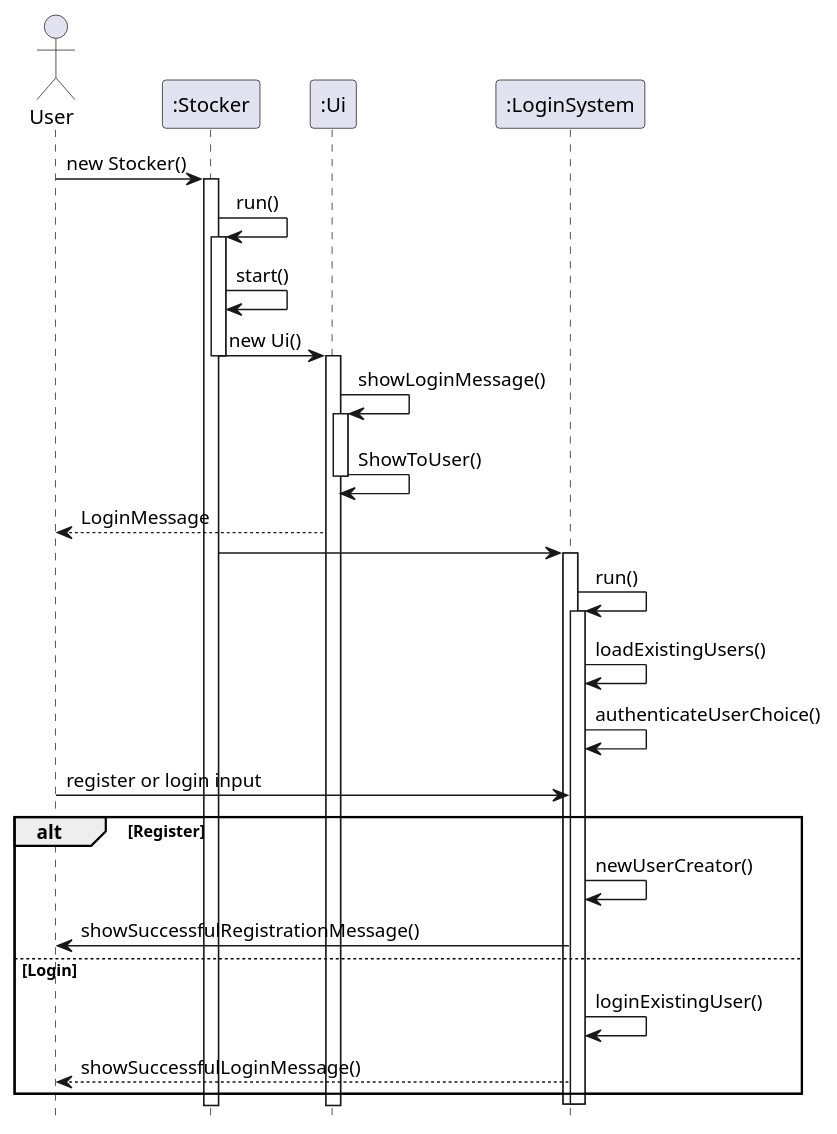
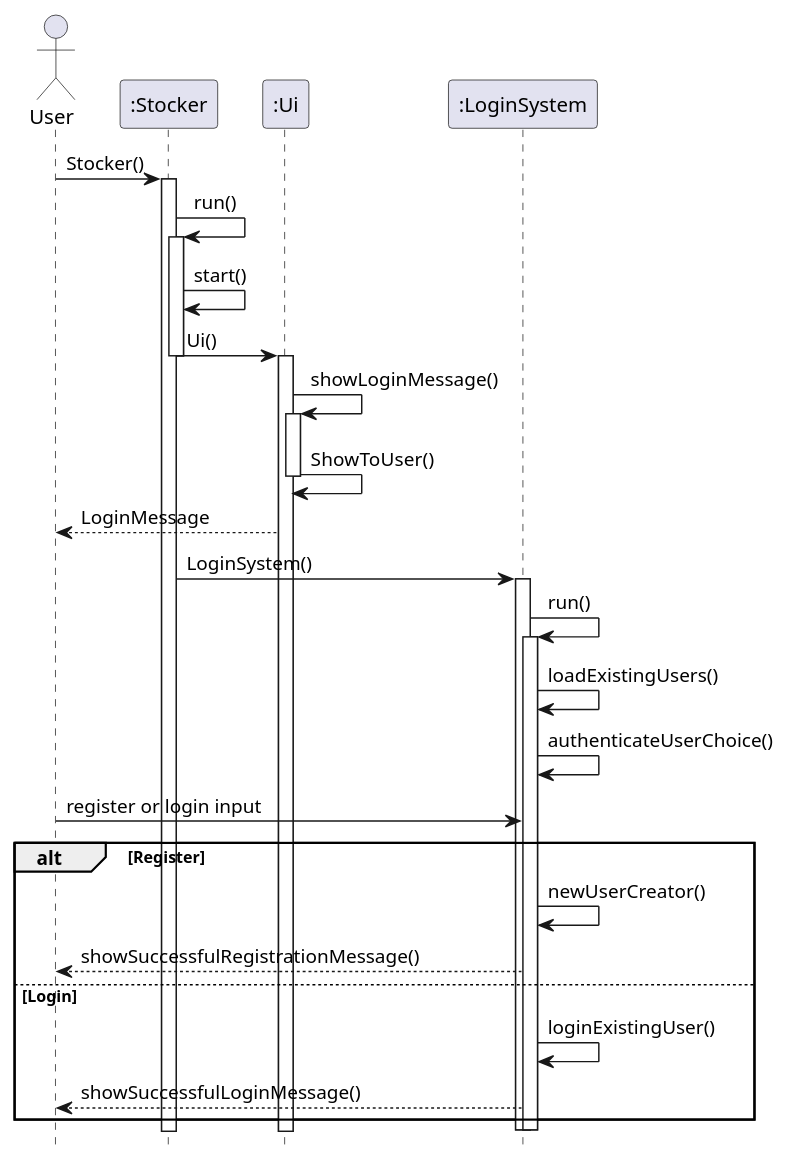
The diagram in docs/UML Diagrams/StockerToLoginSystem.puml (nus-cs2113-AY2324S1/tp), drawn with PlantUML before and after one commit.

Commit message:
Update UML

```diff
--- a/docs/UML Diagrams/StockerToLoginSystem.puml
+++ b/docs/UML Diagrams/StockerToLoginSystem.puml
@@ -1,63 +1,47 @@
 @startuml
 'https://plantuml.com/sequence-diagram
 
 hide footbox
 actor User
 Participant ":Stocker" as Stocker
 Participant ":Ui" as Ui
 Participant ":LoginSystem" as LoginSystem
 
-
-User -> Stocker : new Stocker()
+User -> Stocker :  Stocker()
 activate Stocker
 Stocker -> Stocker : run()
 activate Stocker
 Stocker -> Stocker :start()
-Stocker -> Ui : new Ui()
+Stocker -> Ui :  Ui()
 deactivate Stocker
-
-
-
-
 
 activate Ui
 Ui -> Ui : showLoginMessage()
 activate Ui
 Ui -> Ui : ShowToUser()
 deactivate Ui
 Ui --> User : LoginMessage
 
-Stocker -> LoginSystem
+Stocker -> LoginSystem :LoginSystem()
 activate LoginSystem
 LoginSystem -> LoginSystem : run()
 activate LoginSystem
 LoginSystem -> LoginSystem : loadExistingUsers()
 LoginSystem -> LoginSystem: authenticateUserChoice()
 User -> LoginSystem : register or login input
 
-
-
-
 alt  Register
 
-
 LoginSystem -> LoginSystem : newUserCreator()
-LoginSystem -> User : showSuccessfulRegistrationMessage()
-
-
+LoginSystem --> User : showSuccessfulRegistrationMessage()
 
 else Login
 LoginSystem ->LoginSystem : loginExistingUser()
 LoginSystem --> User: showSuccessfulLoginMessage()
 
 end
 deactivate LoginSystem
 
 deactivate LoginSystem
 
-
-
-
-
-
 @enduml
```
